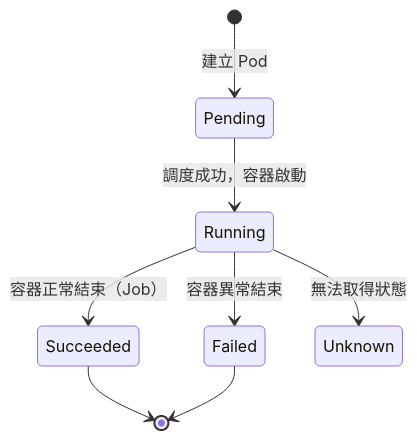
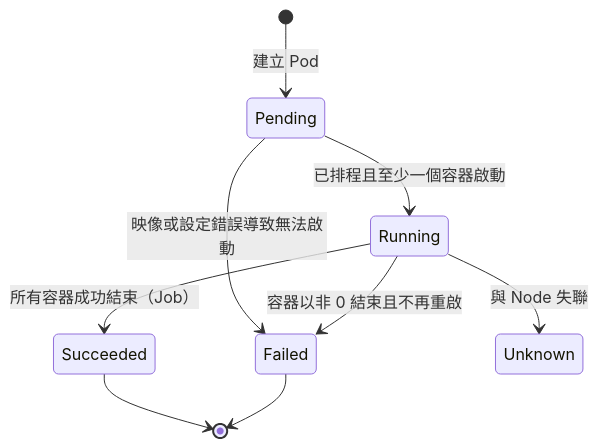
The seventh of 31 diagrams in content/posts/教學/工具/Kubernetes教學手冊.md (chihhung/Blog), drawn with Mermaid before and after one commit. The commit also changed other lines of this file and 8 other files, not shown here.

````diff
--- a/content/posts/教學/工具/Kubernetes教學手冊.md
+++ b/content/posts/教學/工具/Kubernetes教學手冊.md
@@ -621,10 +1237,11 @@
 ```mermaid
 stateDiagram-v2
     [*] --> Pending: 建立 Pod
-    Pending --> Running: 調度成功，容器啟動
-    Running --> Succeeded: 容器正常結束（Job）
-    Running --> Failed: 容器異常結束
-    Running --> Unknown: 無法取得狀態
+    Pending --> Running: 已排程且至少一個容器啟動
+    Pending --> Failed: 映像或設定錯誤導致無法啟動
+    Running --> Succeeded: 所有容器成功結束（Job）
+    Running --> Failed: 容器以非 0 結束且不再重啟
+    Running --> Unknown: 與 Node 失聯
     Succeeded --> [*]
     Failed --> [*]
 ```
````
